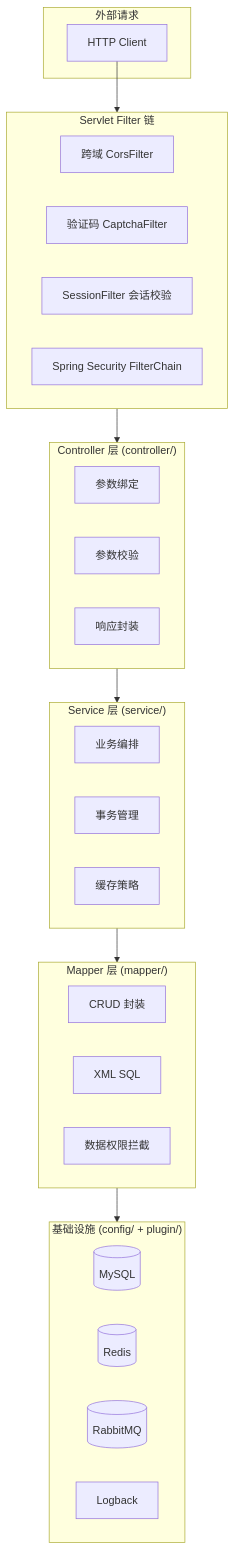
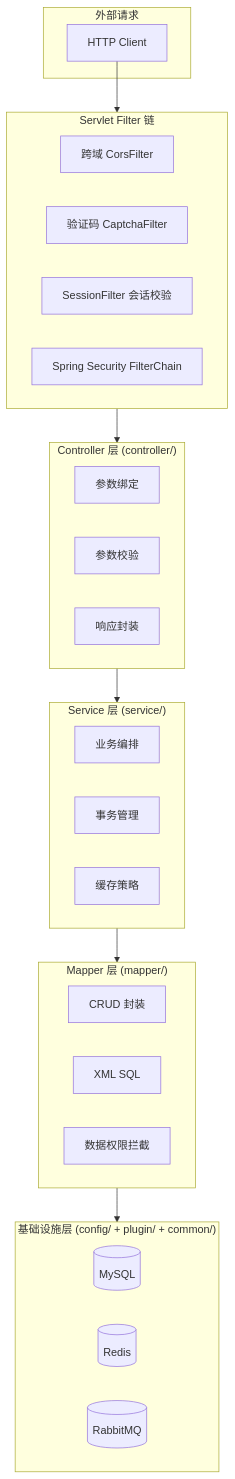
The first of 8 diagrams in dehaze-doc/docs/04-项目实现/后端/01-Java架构文档.md (earthy-zinc/dehaze-system), drawn with Mermaid before and after one commit. The commit also changed other lines of this file and 755 other files, not shown here.

````diff
--- a/dehaze-doc/docs/04-项目实现/后端/01-Java架构文档.md
+++ b/dehaze-doc/docs/04-项目实现/后端/01-Java架构文档.md
@@ -194,45 +9,44 @@
 ```mermaid
 flowchart TB
     subgraph External["外部请求"]
         Client["HTTP Client"]
     end
 
     subgraph FilterChain["Servlet Filter 链"]
         direction LR
         CORS["跨域 CorsFilter"]
         Captcha["验证码 CaptchaFilter"]
         Session["SessionFilter 会话校验"]
         SecurityChain["Spring Security FilterChain"]
     end
 
     subgraph Controller["Controller 层 (controller/)"]
         direction LR
         C1["参数绑定"]
         C2["参数校验"]
         C3["响应封装"]
     end
 
     subgraph Service["Service 层 (service/)"]
         direction LR
         S1["业务编排"]
         S2["事务管理"]
         S3["缓存策略"]
     end
 
     subgraph Mapper["Mapper 层 (mapper/)"]
         direction LR
         M1["CRUD 封装"]
         M2["XML SQL"]
         M3["数据权限拦截"]
     end
 
-    subgraph Infrastructure["基础设施 (config/ + plugin/)"]
+    subgraph Infrastructure["基础设施层 (config/ + plugin/ + common/)"]
         direction LR
         DB[("MySQL")]
         Cache[("Redis")]
         MQ[("RabbitMQ")]
-        Log["Logback"]
     end
 
     Client --> FilterChain --> Controller --> Service --> Mapper --> Infrastructure
 ```
````
